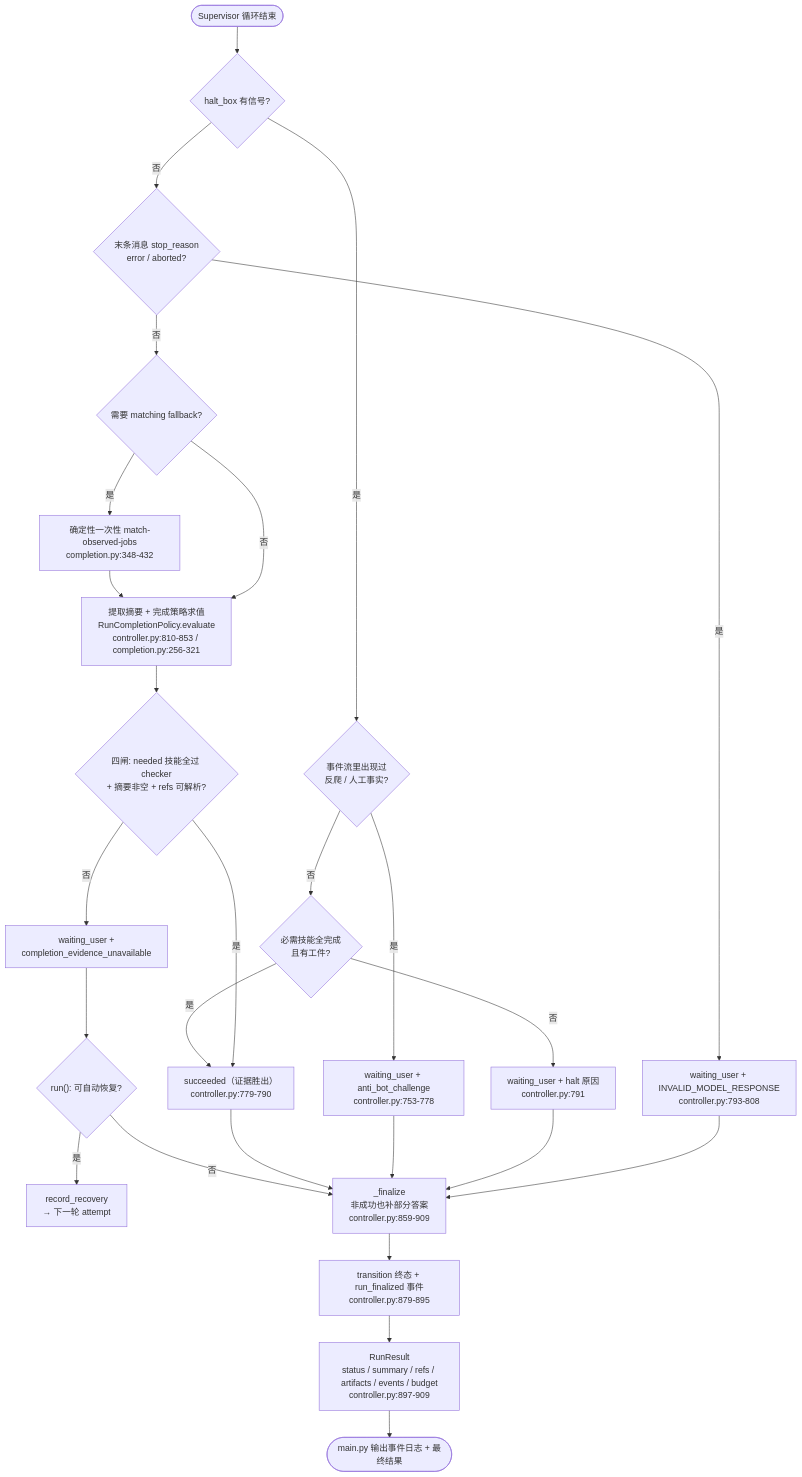
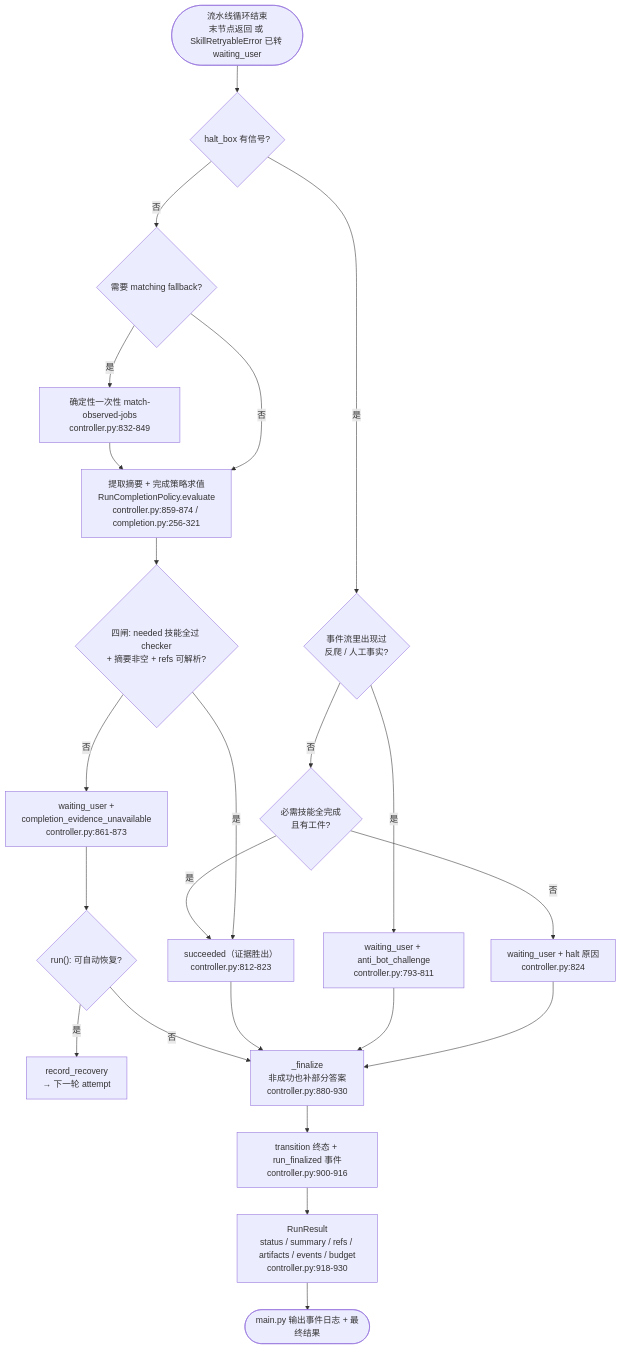
One commit to grefeer/pi-career-skills changed the sixth of 6 diagrams in docs/study/pi-career-skills/一次完整请求的旅程.md. Above: the diagram before and after it, drawn with Mermaid. The commit also changed other lines of this file and 17 other files, not shown here.

````diff
--- a/docs/study/pi-career-skills/一次完整请求的旅程.md
+++ b/docs/study/pi-career-skills/一次完整请求的旅程.md
@@ -236,28 +236,25 @@
 ```mermaid
 flowchart TD
-    SD(["Supervisor 循环结束"]) --> HO{"halt_box 有信号?"}
+    SD(["流水线循环结束<br/>末节点返回 或 SkillRetryableError 已转 waiting_user"]) --> HO{"halt_box 有信号?"}
     HO -- "是" --> AB1{"事件流里出现过<br/>反爬 / 人工事实?"}
-    AB1 -- "是" --> AB["waiting_user + anti_bot_challenge<br/>controller.py:753-778"]
+    AB1 -- "是" --> AB["waiting_user + anti_bot_challenge<br/>controller.py:793-811"]
     AB1 -- "否" --> AB2{"必需技能全完成<br/>且有工件?"}
-    AB2 -- "是" --> SUCCESS["succeeded（证据胜出）<br/>controller.py:779-790"]
-    AB2 -- "否" --> HW["waiting_user + halt 原因<br/>controller.py:791"]
-    HO -- "否" --> SR{"末条消息 stop_reason<br/>error / aborted?"}
-    SR -- "是" --> MV["waiting_user + INVALID_MODEL_RESPONSE<br/>controller.py:793-808"]
-    SR -- "否" --> MF{"需要 matching fallback?"}
-    MF -- "是" --> FBM["确定性一次性 match-observed-jobs<br/>completion.py:348-432"]
+    AB2 -- "是" --> SUCCESS["succeeded（证据胜出）<br/>controller.py:812-823"]
+    AB2 -- "否" --> HW["waiting_user + halt 原因<br/>controller.py:824"]
+    HO -- "否" --> MF{"需要 matching fallback?"}
+    MF -- "是" --> FBM["确定性一次性 match-observed-jobs<br/>controller.py:832-849"]
     FBM --> POL
-    MF -- "否" --> POL["提取摘要 + 完成策略求值<br/>RunCompletionPolicy.evaluate<br/>controller.py:810-853 / completion.py:256-321"]
+    MF -- "否" --> POL["提取摘要 + 完成策略求值<br/>RunCompletionPolicy.evaluate<br/>controller.py:859-874 / completion.py:256-321"]
     POL --> CG{"四闸: needed 技能全过 checker<br/>+ 摘要非空 + refs 可解析?"}
     CG -- "是" --> SUCCESS
-    CG -- "否" --> CW["waiting_user +<br/>completion_evidence_unavailable"]
+    CG -- "否" --> CW["waiting_user +<br/>completion_evidence_unavailable<br/>controller.py:861-873"]
     CW --> RC{"run(): 可自动恢复?"}
     RC -- "是" --> RR["record_recovery<br/>→ 下一轮 attempt"]
     RC -- "否" --> FZ
-    SUCCESS --> FZ["_finalize<br/>非成功也补部分答案<br/>controller.py:859-909"]
+    SUCCESS --> FZ["_finalize<br/>非成功也补部分答案<br/>controller.py:880-930"]
     AB --> FZ
     HW --> FZ
-    MV --> FZ
-    FZ --> FE["transition 终态 + run_finalized 事件<br/>controller.py:879-895"]
-    FE --> RZ["RunResult<br/>status / summary / refs / artifacts / events / budget<br/>controller.py:897-909"]
+    FZ --> FE["transition 终态 + run_finalized 事件<br/>controller.py:900-916"]
+    FE --> RZ["RunResult<br/>status / summary / refs / artifacts / events / budget<br/>controller.py:918-930"]
     RZ --> MO(["main.py 输出事件日志 + 最终结果"])
 ```
````
